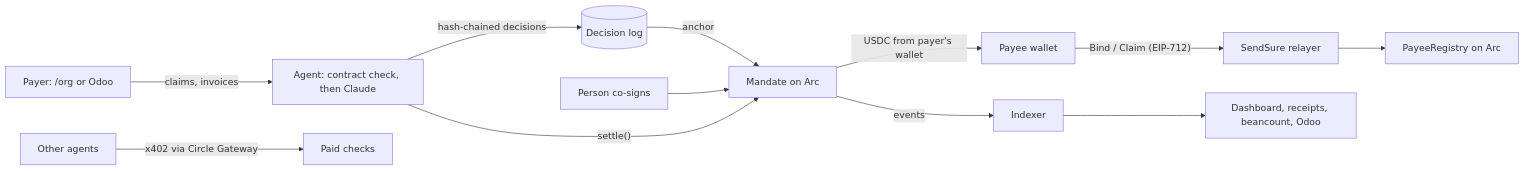
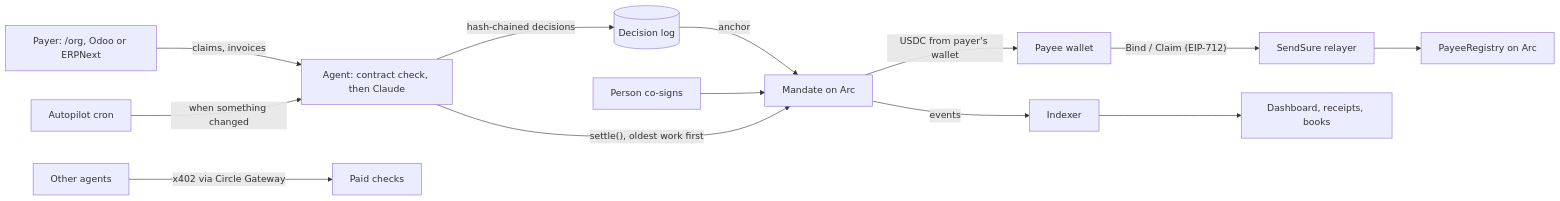
One commit to 0x-pankaj/sendsure changed the diagram in README.md. Above: the diagram before and after it, drawn with Mermaid. The commit also changed other lines of this file, not shown here.

Commit message:
README: one document for judges and partners: the problem, how it works, books that stay exact (Odoo, ERPNext, beancount, hledger, CSV) with what we found in the ledgers, every test and live run in tables, numbers as of Oct 1

````diff
--- a/README.md
+++ b/README.md
@@ -53,12 +55,13 @@
 ```mermaid
 flowchart LR
   P[Payee wallet] -- "Bind / Claim (EIP-712)" --> R[SendSure relayer]
   R --> REG[PayeeRegistry on Arc]
-  O[Payer: /org or Odoo] -- claims, invoices --> A[Agent: contract check, then Claude]
+  O[Payer: /org, Odoo or ERPNext] -- claims, invoices --> A[Agent: contract check, then Claude]
+  C[Autopilot cron] -- when something changed --> A
   A -- hash-chained decisions --> L[(Decision log)] -- anchor --> M
   H[Person co-signs] --> M[Mandate on Arc]
-  A -- "settle()" --> M
+  A -- "settle(), oldest work first" --> M
   M -- USDC from payer's wallet --> P
-  M -- events --> I[Indexer] --> D[Dashboard, receipts, beancount, Odoo]
+  M -- events --> I[Indexer] --> D[Dashboard, receipts, books]
   X[Other agents] -- "x402 via Circle Gateway" --> V[Paid checks]
 ```
````
